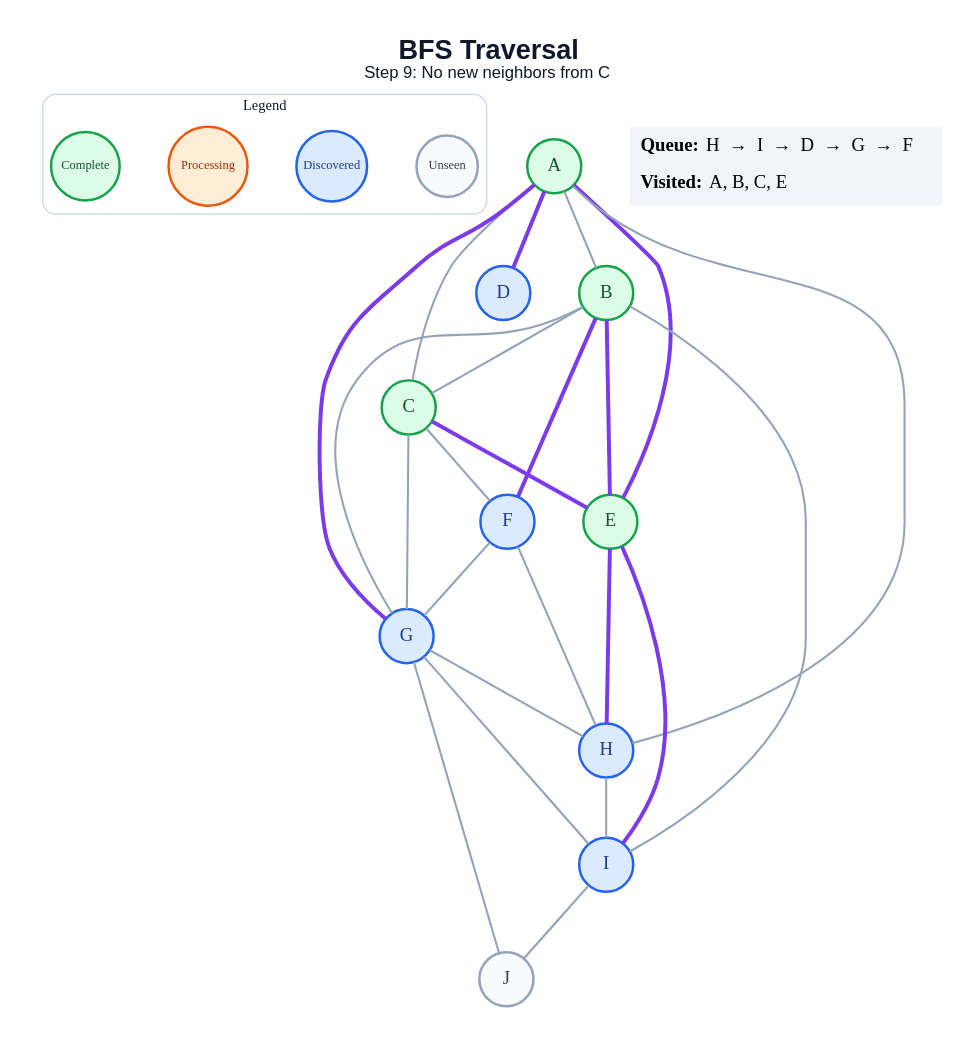
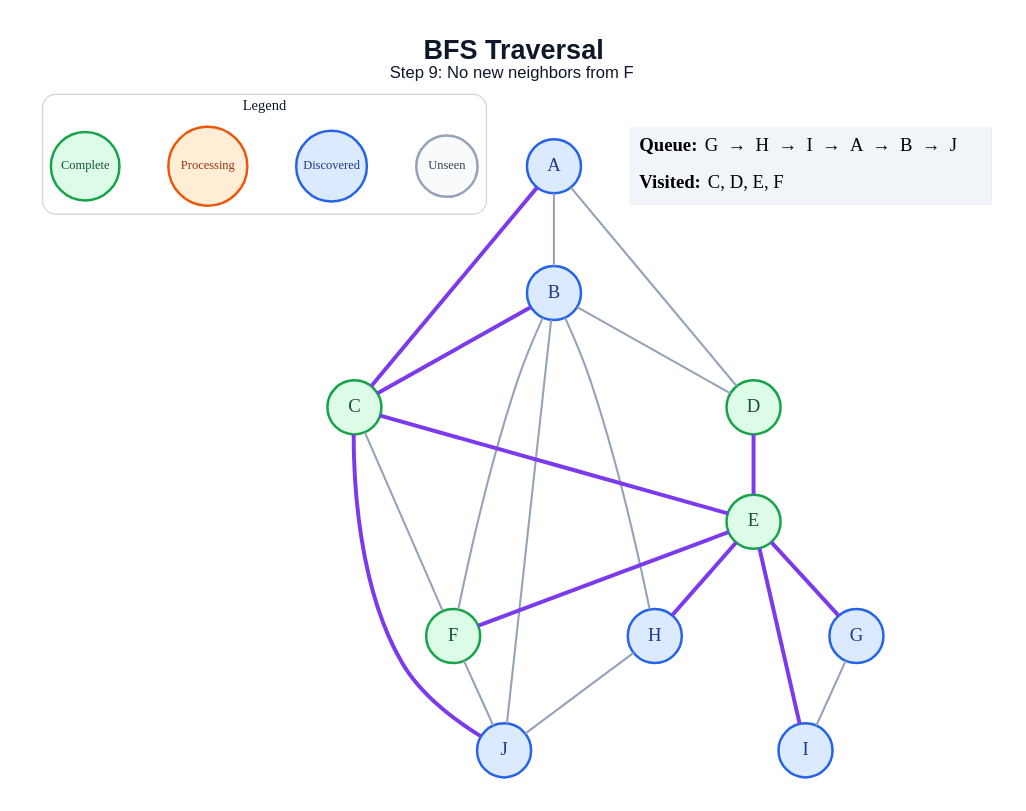
Before and after one commit to amanghodawala9/ai-slop: the diagram in generated/specific-node/bfs/step_09.dot, drawn with Graphviz. The commit also changed 178 other files, not shown here.

```diff
--- a/generated/specific-node/bfs/step_09.dot
+++ b/generated/specific-node/bfs/step_09.dot
@@ -1,52 +1,48 @@
 graph traversal {
   graph [layout=dot, rankdir=TB, bgcolor="#FFFFFF", pad="0.35", nodesep="0.65", ranksep="0.8", fontname="Arial"];
   node [shape=circle, style="filled", fontname="Arial Bold", fontsize=18, width=0.72, fixedsize=true, penwidth=2.4];
   edge [color="#94A3B8", penwidth=2.0];
-  label=<<B>BFS Traversal</B><BR/><FONT POINT-SIZE="16">Step 9: No new neighbors from C</FONT>>; labelloc="t"; fontsize=26; fontname="Arial"; fontcolor="#0F172A";
+  label=<<B>BFS Traversal</B><BR/><FONT POINT-SIZE="16">Step 9: No new neighbors from F</FONT>>; labelloc="t"; fontsize=26; fontname="Arial"; fontcolor="#0F172A";
   subgraph cluster_legend { label="Legend"; color="#CBD5E1"; penwidth=1.2; style="rounded"; fontsize=14; fontname="Arial Bold";
     key_unseen [label="Unseen", fillcolor="#F8FAFC", color="#94A3B8", fontcolor="#334155", fontsize=12, width=0.82];
     key_frontier [label="Discovered", fillcolor="#DBEAFE", color="#2563EB", fontcolor="#1E3A8A", fontsize=12, width=0.95];
     key_current [label="Processing", fillcolor="#FFEDD5", color="#EA580C", fontcolor="#9A3412", fontsize=12, width=1.05];
     key_done [label="Complete", fillcolor="#DCFCE7", color="#16A34A", fontcolor="#14532D", fontsize=12, width=0.92];
     { rank=same; key_unseen; key_frontier; key_current; key_done; }
   }
-  A [fillcolor="#DCFCE7", color="#16A34A", fontcolor="#14532D"];
-  B [fillcolor="#DCFCE7", color="#16A34A", fontcolor="#14532D"];
+  A [fillcolor="#DBEAFE", color="#2563EB", fontcolor="#1E3A8A"];
+  B [fillcolor="#DBEAFE", color="#2563EB", fontcolor="#1E3A8A"];
   C [fillcolor="#DCFCE7", color="#16A34A", fontcolor="#14532D"];
-  D [fillcolor="#DBEAFE", color="#2563EB", fontcolor="#1E3A8A"];
+  D [fillcolor="#DCFCE7", color="#16A34A", fontcolor="#14532D"];
   E [fillcolor="#DCFCE7", color="#16A34A", fontcolor="#14532D"];
-  F [fillcolor="#DBEAFE", color="#2563EB", fontcolor="#1E3A8A"];
+  F [fillcolor="#DCFCE7", color="#16A34A", fontcolor="#14532D"];
   G [fillcolor="#DBEAFE", color="#2563EB", fontcolor="#1E3A8A"];
   H [fillcolor="#DBEAFE", color="#2563EB", fontcolor="#1E3A8A"];
   I [fillcolor="#DBEAFE", color="#2563EB", fontcolor="#1E3A8A"];
-  J [fillcolor="#F8FAFC", color="#94A3B8", fontcolor="#334155"];
+  J [fillcolor="#DBEAFE", color="#2563EB", fontcolor="#1E3A8A"];
   A -- B;
-  A -- C;
-  A -- D [color="#7C3AED", penwidth=3.8];
-  A -- E [color="#7C3AED", penwidth=3.8];
-  A -- G [color="#7C3AED", penwidth=3.8];
-  A -- H;
-  B -- C;
-  B -- E [color="#7C3AED", penwidth=3.8];
-  B -- F [color="#7C3AED", penwidth=3.8];
-  B -- G;
-  B -- I;
+  A -- C [color="#7C3AED", penwidth=3.8];
+  A -- D;
+  B -- C [color="#7C3AED", penwidth=3.8];
+  B -- D;
+  B -- F;
+  B -- H;
+  B -- J;
   C -- E [color="#7C3AED", penwidth=3.8];
   C -- F;
-  C -- G;
+  C -- J [color="#7C3AED", penwidth=3.8];
+  D -- E [color="#7C3AED", penwidth=3.8];
+  E -- F [color="#7C3AED", penwidth=3.8];
+  E -- G [color="#7C3AED", penwidth=3.8];
   E -- H [color="#7C3AED", penwidth=3.8];
   E -- I [color="#7C3AED", penwidth=3.8];
-  F -- G;
-  F -- H;
-  G -- H;
+  F -- J;
   G -- I;
-  G -- J;
-  H -- I;
-  I -- J;
+  H -- J;
   status [shape=plain, fixedsize=false, width=0, height=0, margin=0, label=<
     <TABLE BORDER="0" CELLBORDER="0" CELLPADDING="7" BGCOLOR="#F1F5F9">
-      <TR><TD ALIGN="LEFT"><B>Queue:</B> H  →  I  →  D  →  G  →  F</TD></TR>
-      <TR><TD ALIGN="LEFT"><B>Visited:</B> A, B, C, E</TD></TR>
+      <TR><TD ALIGN="LEFT"><B>Queue:</B> G  →  H  →  I  →  A  →  B  →  J</TD></TR>
+      <TR><TD ALIGN="LEFT"><B>Visited:</B> C, D, E, F</TD></TR>
     </TABLE>
   >];
 }
```
